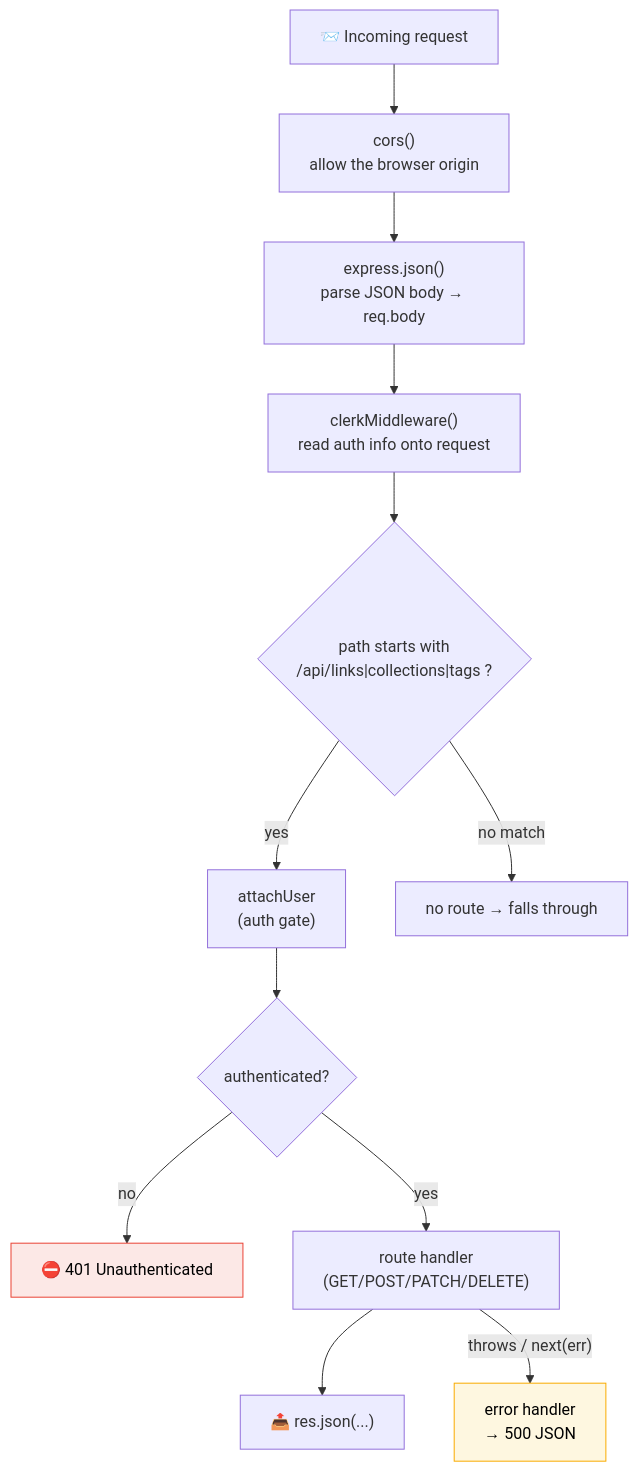
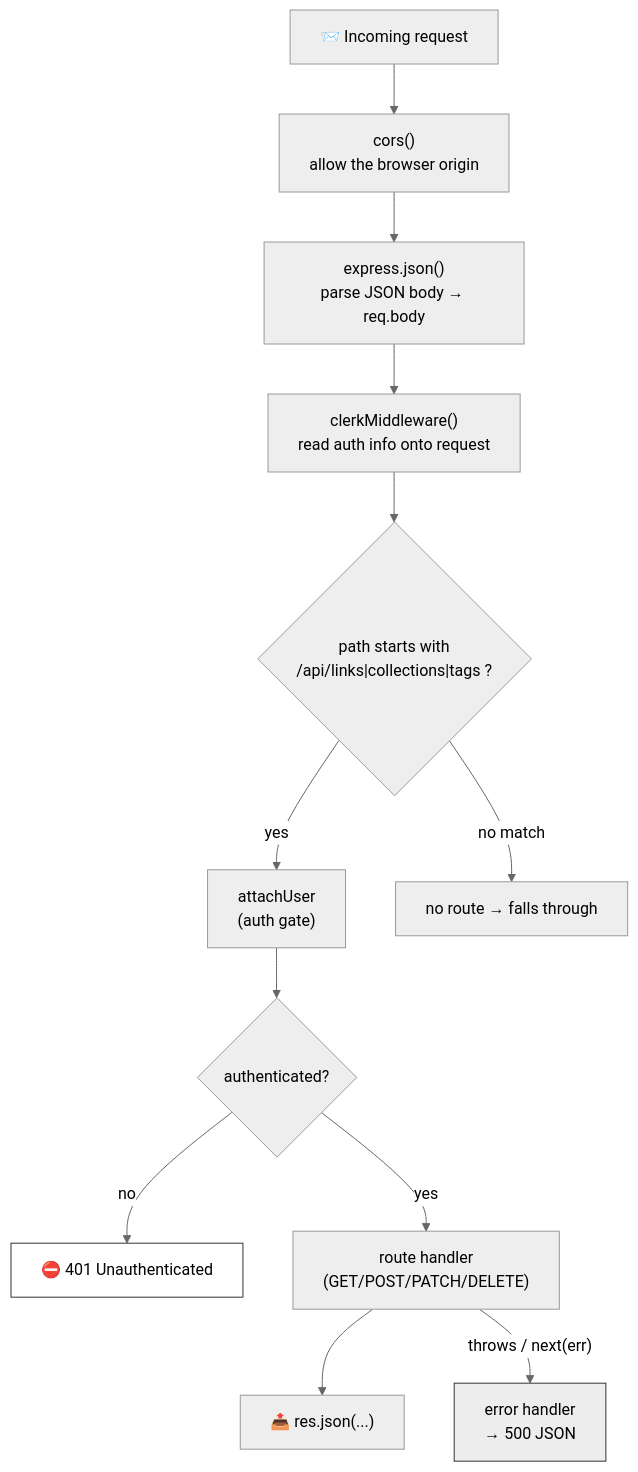
One commit to n10nce/project changed diagram 11 of 23 in docs/ARCHITECTURE.md. Above: the diagram before and after it, drawn with Mermaid. The commit also changed other lines of this file and 24 other files, not shown here.

````diff
--- a/docs/ARCHITECTURE.md
+++ b/docs/ARCHITECTURE.md
@@ -416,20 +426,21 @@
 ```mermaid
+%%{init: {'theme':'neutral'}}%%
 flowchart TD
     Req["📨 Incoming request"] --> C["cors()<br/>allow the browser origin"]
     C --> J["express.json()<br/>parse JSON body → req.body"]
     J --> CM["clerkMiddleware()<br/>read auth info onto request"]
     CM --> Match{"path starts with<br/>/api/links|collections|tags ?"}
 
     Match -->|"yes"| AU["attachUser<br/>(auth gate)"]
     Match -->|"no match"| NF["no route → falls through"]
 
     AU --> OK{"authenticated?"}
     OK -->|"no"| E401["⛔ 401 Unauthenticated"]
     OK -->|"yes"| Handler["route handler<br/>(GET/POST/PATCH/DELETE)"]
 
     Handler --> Resp["📤 res.json(...)"]
     Handler -->|"throws / next(err)"| ErrMW["error handler<br/>→ 500 JSON"]
 
-    style E401 fill:#fce8e6,stroke:#ea4335,color:#000
-    style ErrMW fill:#fef7e0,stroke:#f9ab00,color:#000
+    style E401 fill:#ffffff,stroke:#333333,color:#000
+    style ErrMW fill:#ededed,stroke:#333333,color:#000
 ```
````
